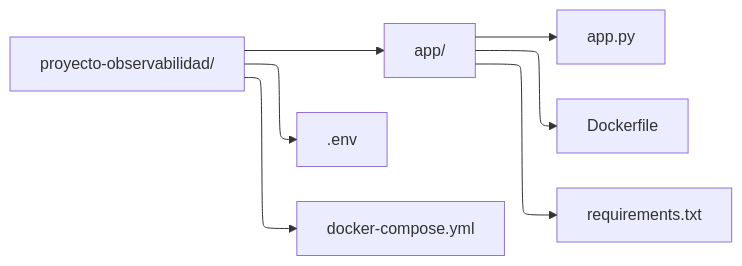
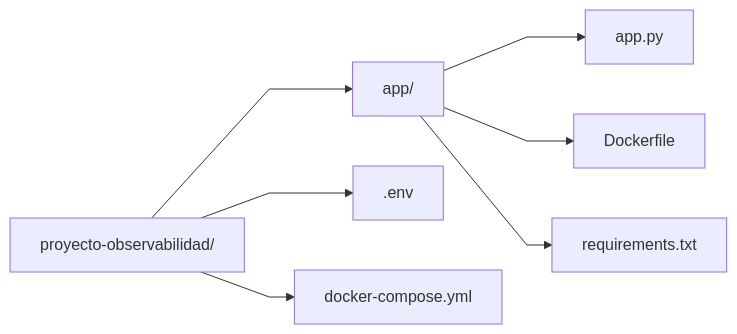
Before and after one commit to albmart2/proyecto-observabilidad: the first of 2 diagrams in README.md, drawn with Mermaid.

````diff
--- a/README.md
+++ b/README.md
@@ -15,10 +15,11 @@
 ```mermaid
-flowchart-elk LR
+%%{init: {'flowchart': {'curve': 'linear'}}}%%
+graph LR
 A["proyecto-observabilidad/"]
 A --> B["app/"]
 B --> B1["app.py"]
 B --> B2["Dockerfile"]
 B --> B3["requirements.txt"]
 A --> C[".env"]
 A --> D["docker-compose.yml"]
 ```
````
